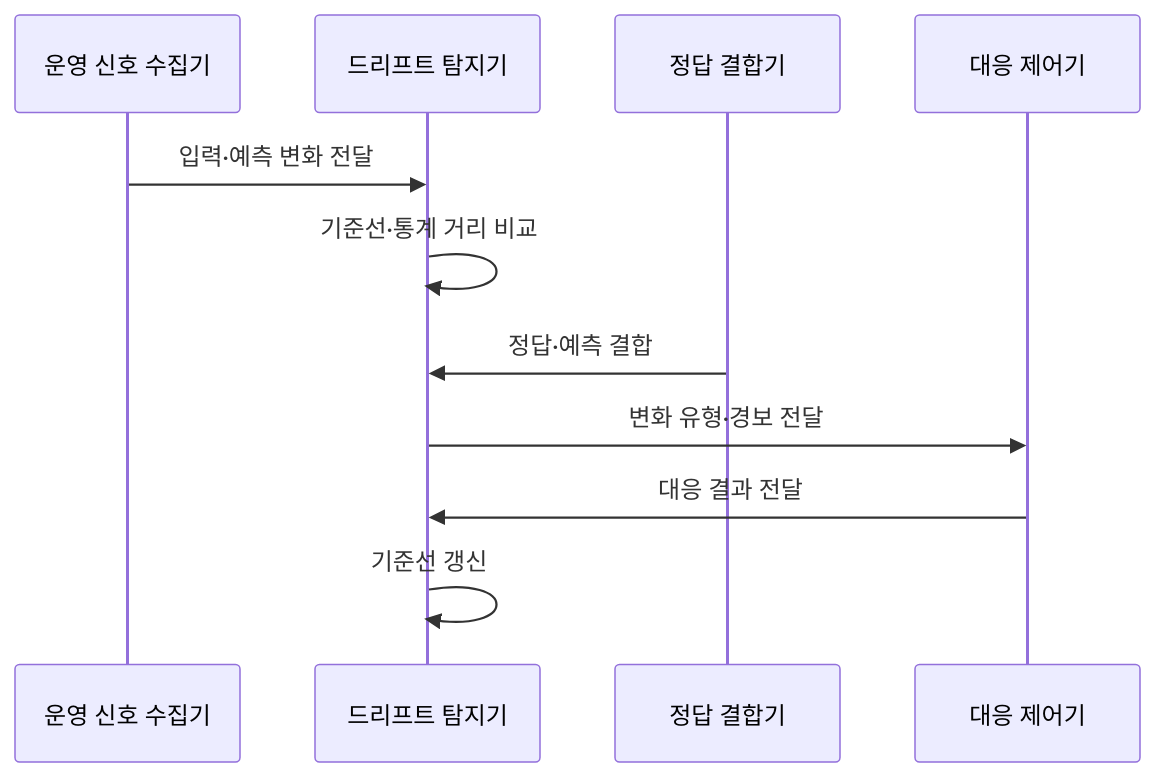
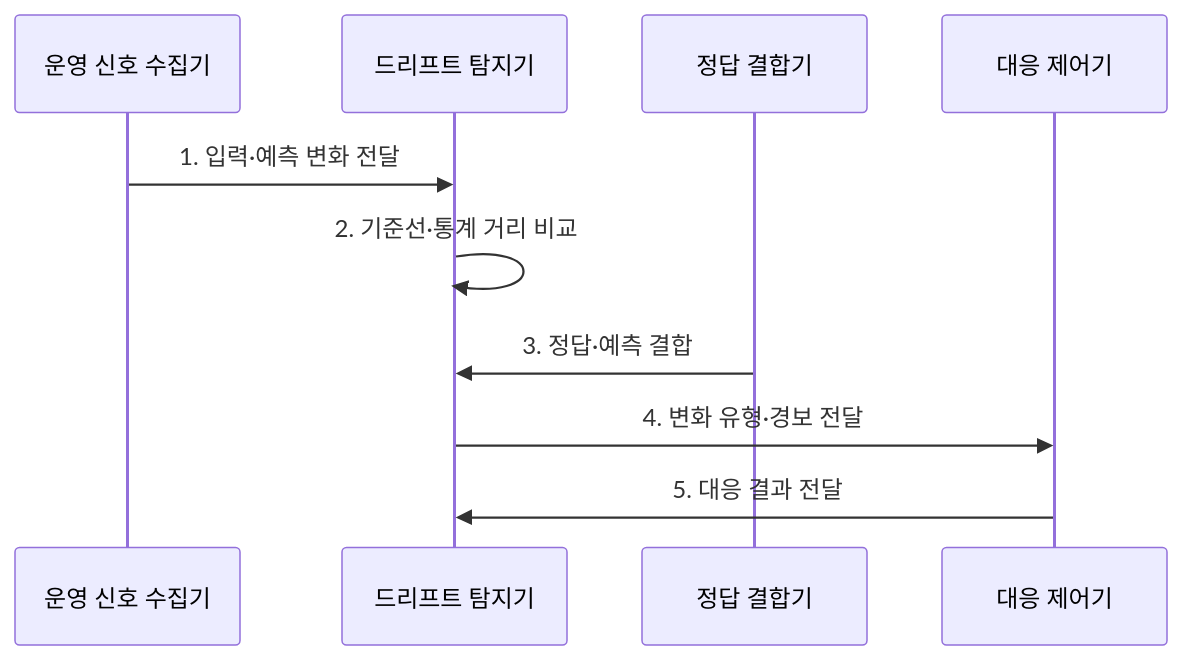
The second of 2 diagrams in src/content/docs/notes/03-software/206_model_monitoring_drift_detection.md (agnusdei1207/knowledge-base), drawn with Mermaid before and after one commit. The commit also changed other lines of this file and 20 other files, not shown here.

````diff
--- a/src/content/docs/notes/03-software/206_model_monitoring_drift_detection.md
+++ b/src/content/docs/notes/03-software/206_model_monitoring_drift_detection.md
@@ -81,13 +85,13 @@
 ```mermaid
 sequenceDiagram
     participant O as 운영 신호 수집기
     participant D as 드리프트 탐지기
     participant L as 정답 결합기
     participant R as 대응 제어기
-    O->>D: 입력·예측 변화 전달
-    D->>D: 기준선·통계 거리 비교
-    L->>D: 정답·예측 결합
-    D->>R: 변화 유형·경보 전달
-    R->>D: 대응 결과 전달
-    D->>D: 기준선 갱신
+    O->>D: 1. 입력·예측 변화 전달
+    D->>D: 2. 기준선·통계 거리 비교
+    L->>D: 3. 정답·예측 결합
+    D->>R: 4. 변화 유형·경보 전달
+    R->>D: 5. 대응 결과 전달
+
 ```
````
